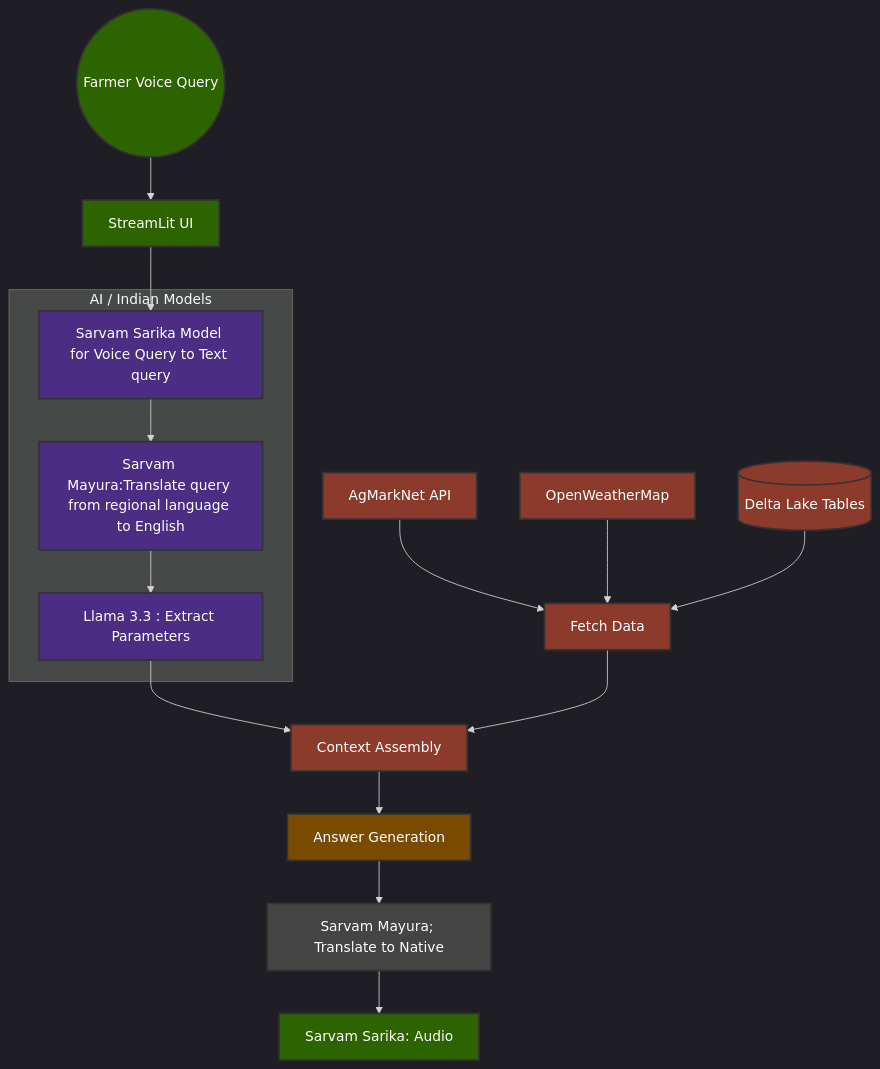
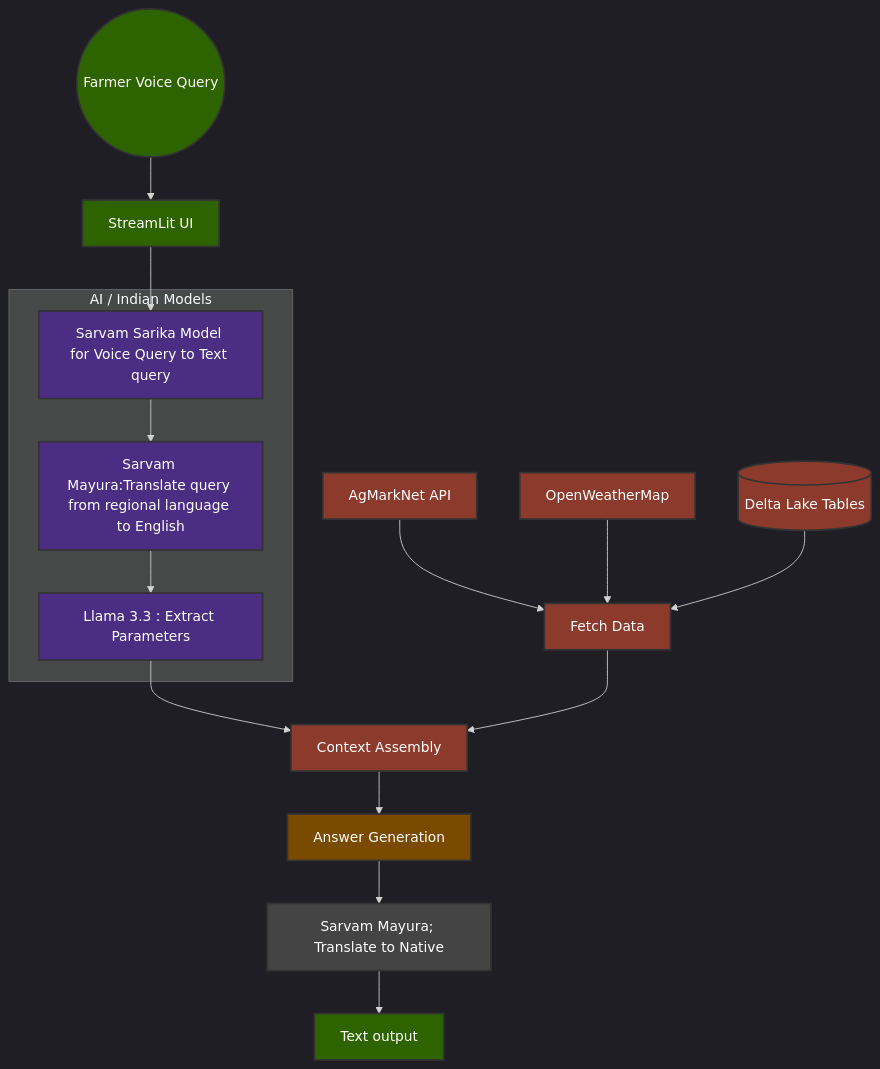
Before and after one commit to amrit-chau-han/kisanvaani: the diagram in README.md, drawn with Mermaid.

````diff
--- a/README.md
+++ b/README.md
@@ -16,39 +16,39 @@
 ```mermaid
 graph TD
     %%{init: {'theme': 'dark', 'flowchart': {'rankSpacing': 50, 'nodeSpacing': 50}}}%%
     %% Define Styles to match your SVG colors
     classDef ai fill:#4b2e83,color:#fff,stroke:#333,stroke-width:2px;
     classDef data fill:#8b3a2b,color:#fff,stroke:#333,stroke-width:2px;
     classDef io fill:#2e6400,color:#fff,stroke:#333,stroke-width:2px;
     classDef gen fill:#7a4a00,color:#fff,stroke:#333,stroke-width:2px;
     classDef util fill:#444,color:#fff,stroke:#333,stroke-width:2px;
 
 
     %% Main Flow
     Farmer((Farmer Voice Query)):::io --> UI[StreamLit UI]:::io
     UI --> STT[Sarvam Sarika Model for Voice Query to Text query]:::ai
     STT --> Param[Sarvam Mayura:Translate query from regional language to English]:::ai
     Param --> TransEN[Llama 3.3 : Extract Parameters]:::ai
 
     %% Data Layer
     AgMark[AgMarkNet API]:::data --> Fetch[Fetch Data]:::data
     Weather[OpenWeatherMap]:::data --> Fetch
     Tables[(Delta Lake Tables)]:::data --> Fetch
     
     TransEN --> Context[Context Assembly]:::data
     Fetch --> Context
     
     Context --> Gen[Answer Generation]:::gen
     Gen --> TransNative[Sarvam Mayura; Translate to Native]:::util
     
     
-    TransNative --> TTS[Sarvam Sarika: Audio]:::io
+    TransNative --> TTS[Text output]:::io
     
     
     %% Assigning groups
     subgraph AI_Layer [AI / Indian Models]
         STT
         Param
         TransEN
     end
 ```
````
